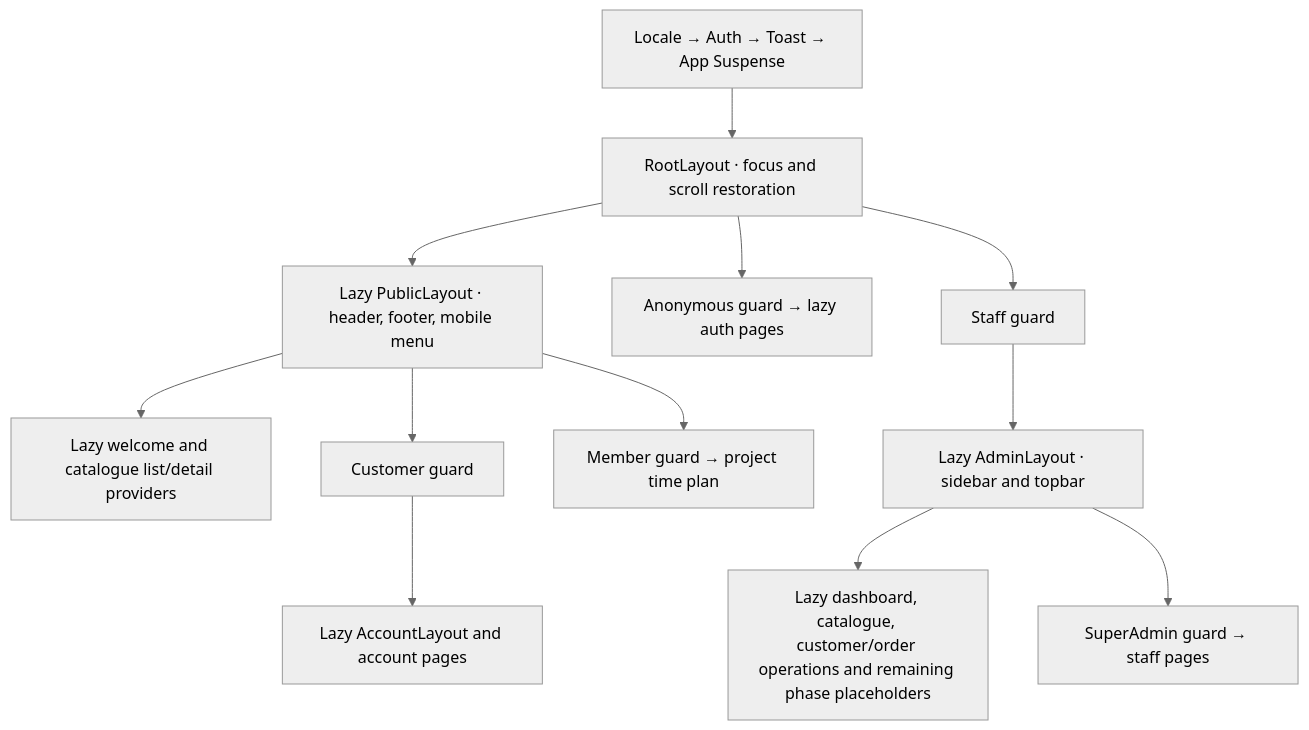
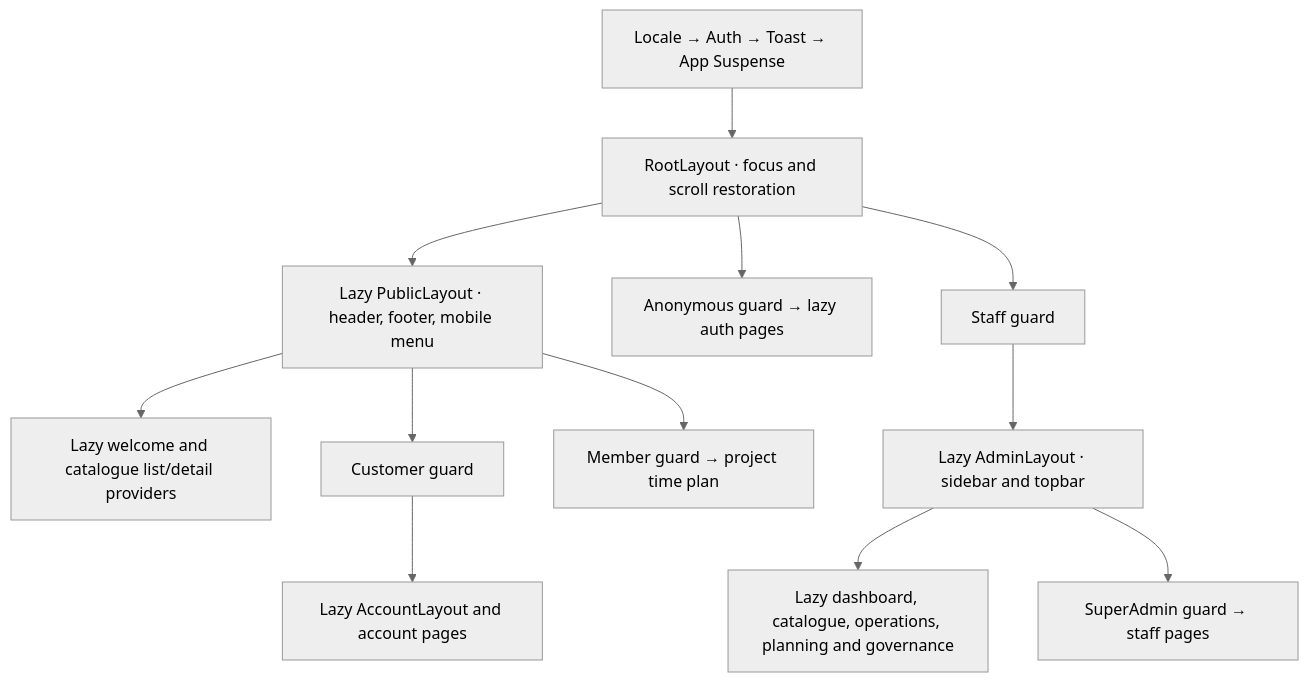
Before and after one commit to mazen-khattab/Brouj_front-end: the diagram in docs/routing-access.md, drawn with Mermaid (neutral theme). The commit also changed other lines of this file and 60 other files, not shown here.

Commit message:
feat(governance): implement Part 11 admin governance, terms, audit logs, and staff management

````diff
--- a/docs/routing-access.md
+++ b/docs/routing-access.md
@@ -73,14 +73,14 @@
 ```mermaid
 flowchart TD
     Foundations[Locale → Auth → Toast → App Suspense] --> Root[RootLayout · focus and scroll restoration]
     Root --> Public[Lazy PublicLayout · header, footer, mobile menu]
     Public --> PublicPages[Lazy welcome and catalogue list/detail providers]
     Public --> CustomerGuard[Customer guard]
     CustomerGuard --> Account[Lazy AccountLayout and account pages]
     Public --> MemberGuard[Member guard → project time plan]
     Root --> AnonymousGuard[Anonymous guard → lazy auth pages]
     Root --> StaffGuard[Staff guard]
     StaffGuard --> Admin[Lazy AdminLayout · sidebar and topbar]
-    Admin --> AdminPages[Lazy dashboard, catalogue, customer/order operations and remaining phase placeholders]
+    Admin --> AdminPages[Lazy dashboard, catalogue, operations, planning and governance]
     Admin --> SuperGuard[SuperAdmin guard → staff pages]
 ```
````
